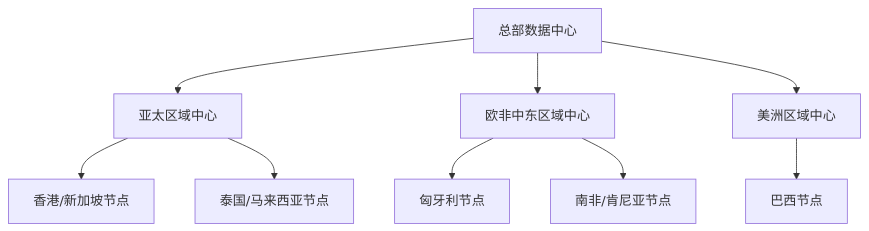
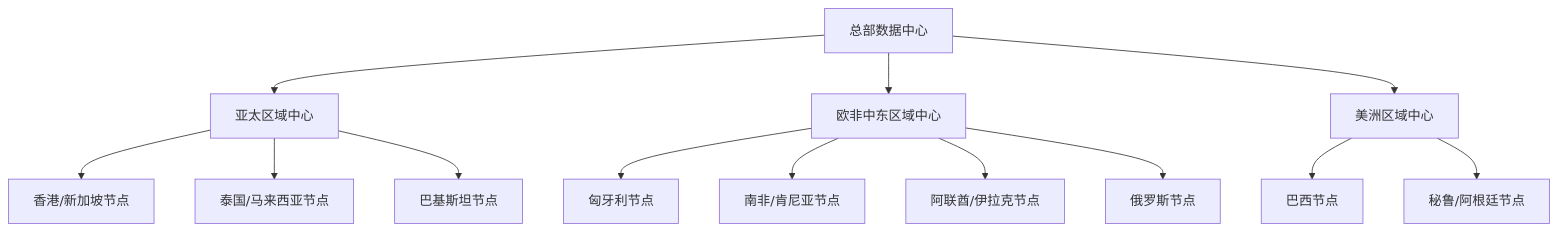
One commit to Sanlong/HowToDeploy changed the first of 2 diagrams in 集团信息技术架构/01-IT架构总体规划.md. Above: the diagram before and after it, drawn with Mermaid. The commit also changed other lines of this file and 6 other files, not shown here.

````diff
--- a/集团信息技术架构/01-IT架构总体规划.md
+++ b/集团信息技术架构/01-IT架构总体规划.md
@@ -6,14 +6,18 @@
 ```mermaid
 graph TB
     DC[总部数据中心] --> APAC[亚太区域中心]
     DC --> EMEA[欧非中东区域中心]
     DC --> AMER[美洲区域中心]
     
     APAC --> AP1[香港/新加坡节点]
     APAC --> AP2[泰国/马来西亚节点]
+    APAC --> AP3[巴基斯坦节点]
     
     EMEA --> EM1[匈牙利节点]
     EMEA --> EM2[南非/肯尼亚节点]
+    EMEA --> EM3[阿联酋/伊拉克节点]
+    EMEA --> EM4[俄罗斯节点]
     
     AMER --> AM1[巴西节点]
+    AMER --> AM2[秘鲁/阿根廷节点]
 ```
````
